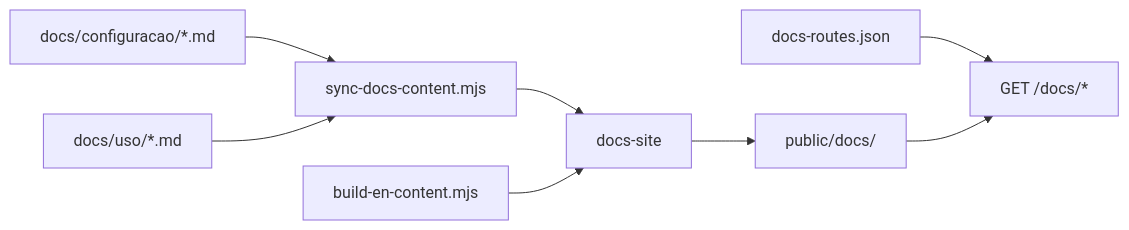
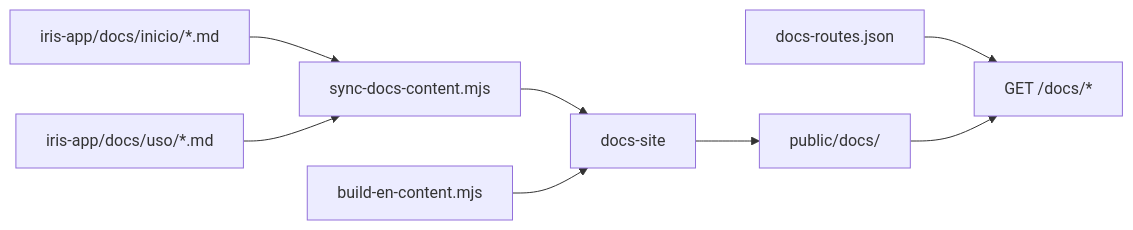
One commit to colabcolibri/iris changed the diagram in docs/architecture/docs-site.md. Above: the diagram before and after it, drawn with Mermaid. The commit also changed other lines of this file and 61 other files, not shown here.

First line of the commit message:
refactor(docs): move guia da app para iris-app/docs

````diff
--- a/docs/architecture/docs-site.md
+++ b/docs/architecture/docs-site.md
@@ -38,17 +39,17 @@
 ```mermaid
 flowchart LR
-  ConfigMd["docs/configuracao/*.md"]
-  UsoMd["docs/uso/*.md"]
+  UsoMd["iris-app/docs/uso/*.md"]
+  InicioMd["iris-app/docs/inicio/*.md"]
   Routes["docs-routes.json"]
   Sync["sync-docs-content.mjs"]
   EnBuild["build-en-content.mjs"]
   Starlight["docs-site"]
   Public["public/docs/"]
   HTTP["GET /docs/*"]
 
-  ConfigMd --> Sync --> Starlight
+  InicioMd --> Sync --> Starlight
   UsoMd --> Sync
   Routes --> HTTP
   EnBuild --> Starlight
   Starlight --> Public --> HTTP
 ```
````
